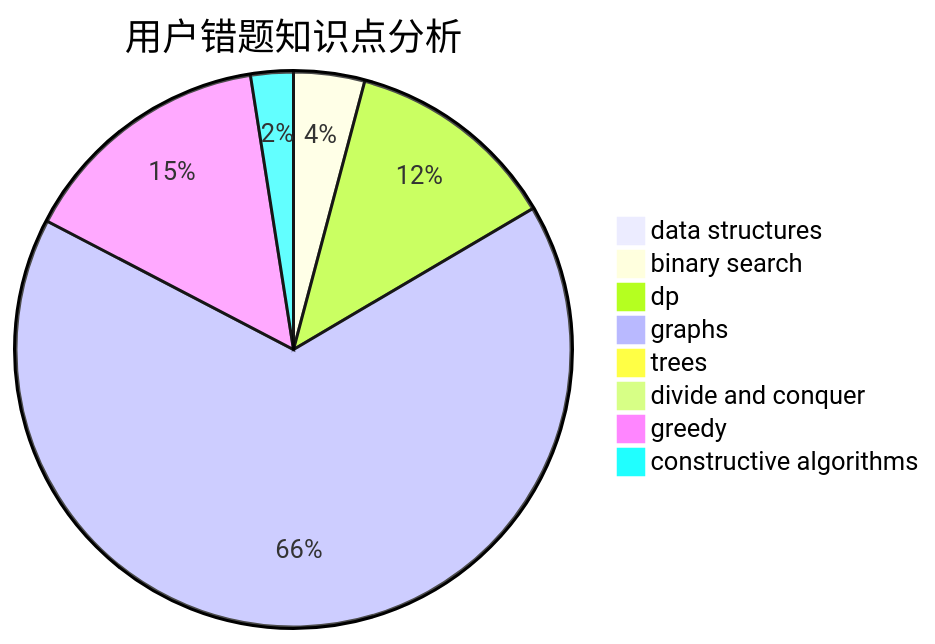
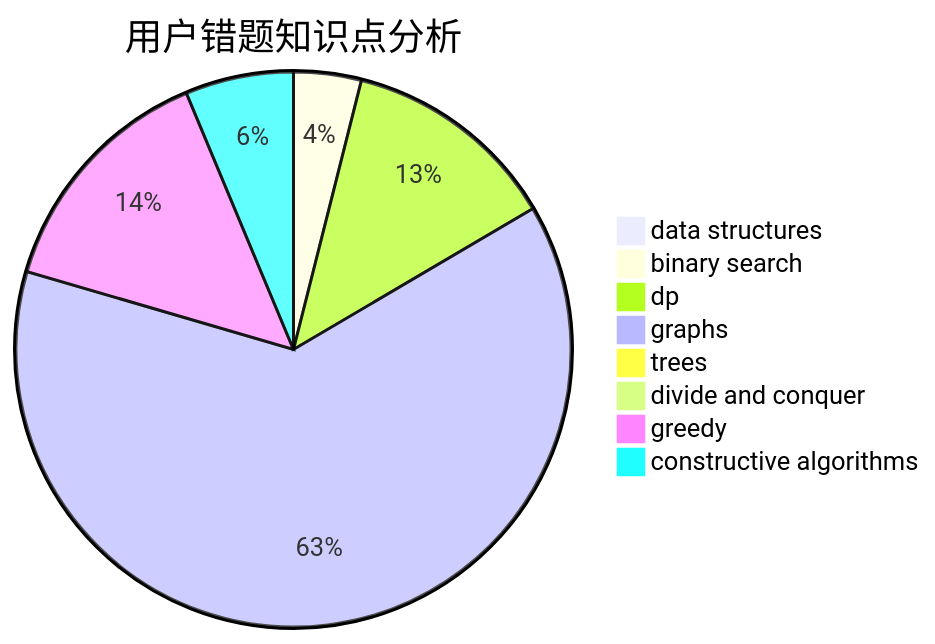
One commit to sherpahu/cfrs.github.io changed the third of 3 diagrams in docs/user/u653.md. Above: the diagram before and after it, drawn with Mermaid. The commit also changed other lines of this file and 2770 other files, not shown here.

````diff
--- a/docs/user/u653.md
+++ b/docs/user/u653.md
@@ -36,11 +36,11 @@
 ```mermaid
 pie title 用户错题知识点分析
     "data structures" :  0
     "binary search" :  5
-    "dp" :  15
+    "dp" :  16
     "graphs" :  80
     "trees" :  0
     "divide and conquer" :  0
     "greedy" :  18
-    "constructive algorithms" :  3
+    "constructive algorithms" :  8
 ```
````
